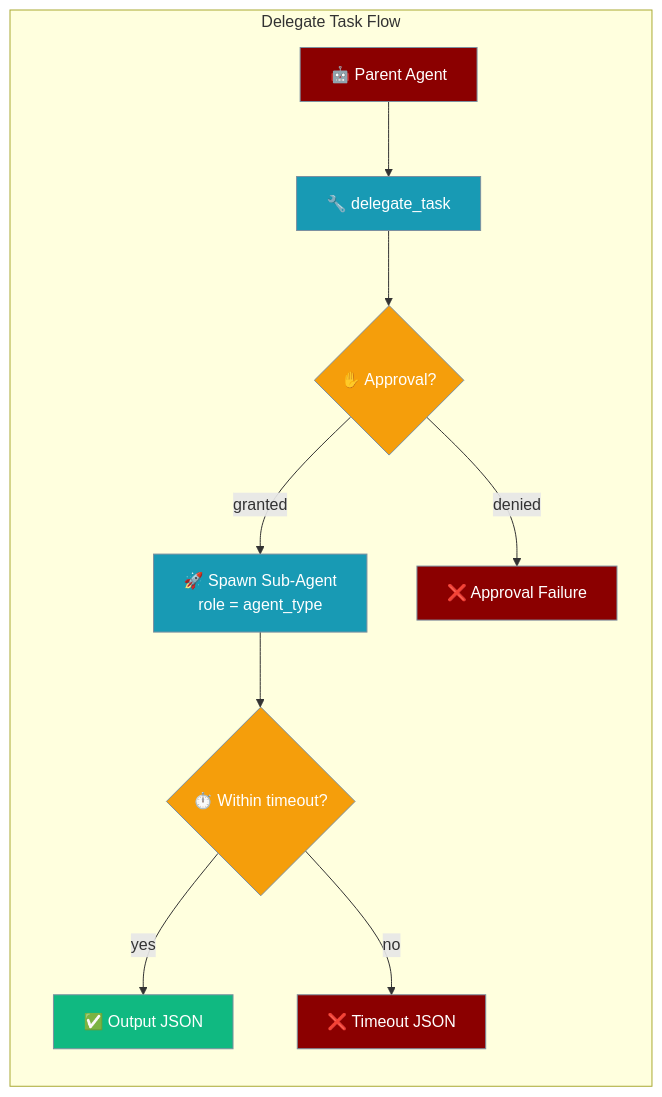
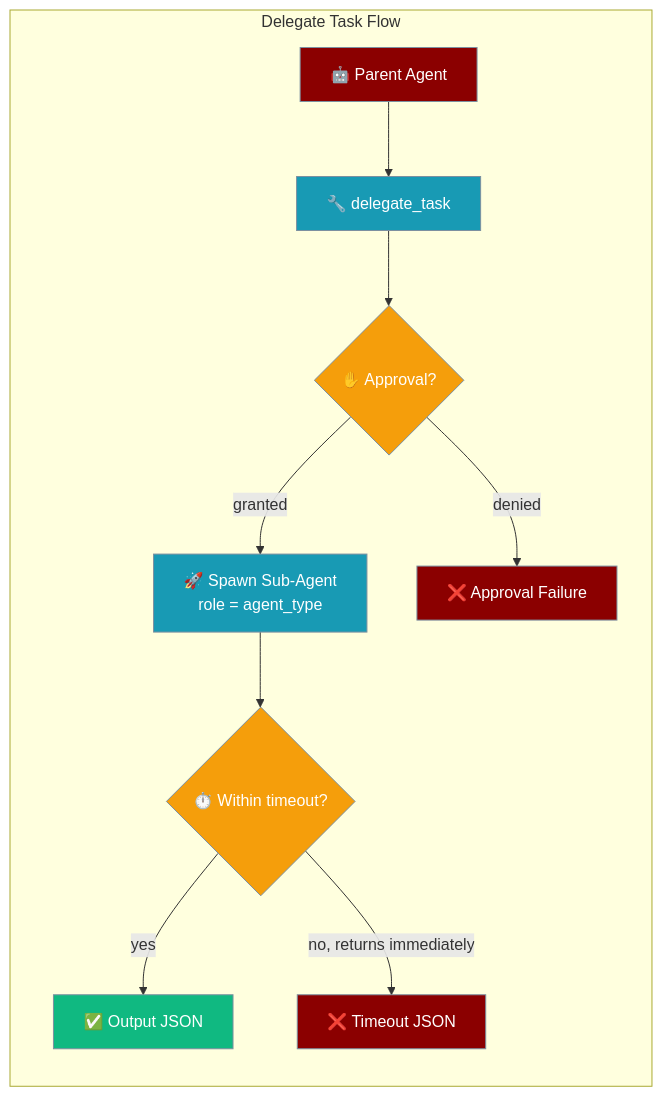
Before and after one commit to MervinPraison/PraisonAIDocs: the first of 3 diagrams in docs/features/delegate-task.mdx, drawn with Mermaid. The commit also changed other lines of this file and 4 other files, not shown here.

````diff
--- a/docs/features/delegate-task.mdx
+++ b/docs/features/delegate-task.mdx
@@ -10,24 +10,24 @@
 ```mermaid
 graph LR
     subgraph "Delegate Task Flow"
         A[🤖 Parent Agent] --> T[🔧 delegate_task]
         T --> AP{✋ Approval?}
         AP -->|granted| SP[🚀 Spawn Sub-Agent<br/>role = agent_type]
         AP -->|denied| E1[❌ Approval Failure]
         SP --> W{⏱️ Within timeout?}
         W -->|yes| R[✅ Output JSON]
-        W -->|no| E2[❌ Timeout JSON]
+        W -->|no, returns immediately| E2[❌ Timeout JSON]
     end
 
     classDef agent fill:#8B0000,stroke:#7C90A0,color:#fff
     classDef tool fill:#189AB4,stroke:#7C90A0,color:#fff
     classDef gate fill:#F59E0B,stroke:#7C90A0,color:#fff
     classDef result fill:#10B981,stroke:#7C90A0,color:#fff
     classDef error fill:#8B0000,stroke:#7C90A0,color:#fff
 
     class A agent
     class T,SP tool
     class AP,W gate
     class R result
     class E1,E2 error
 ```
````
